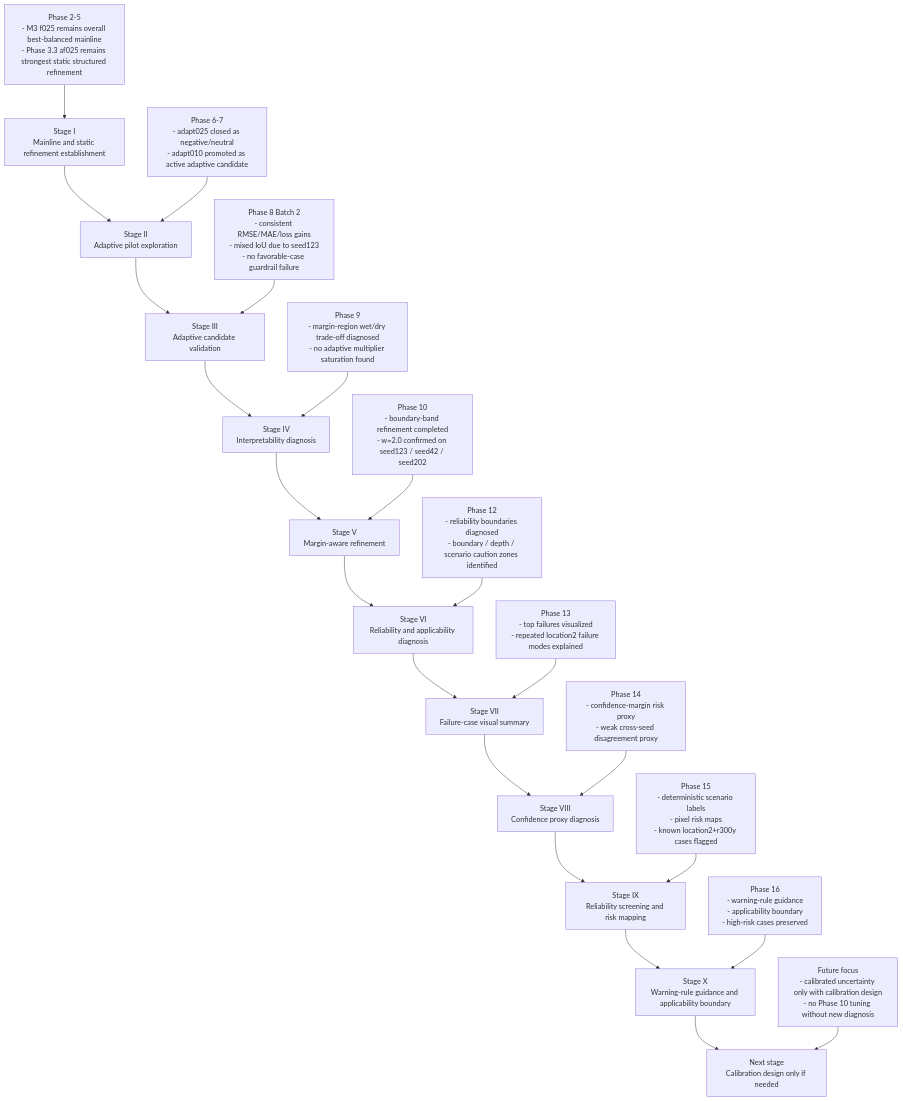
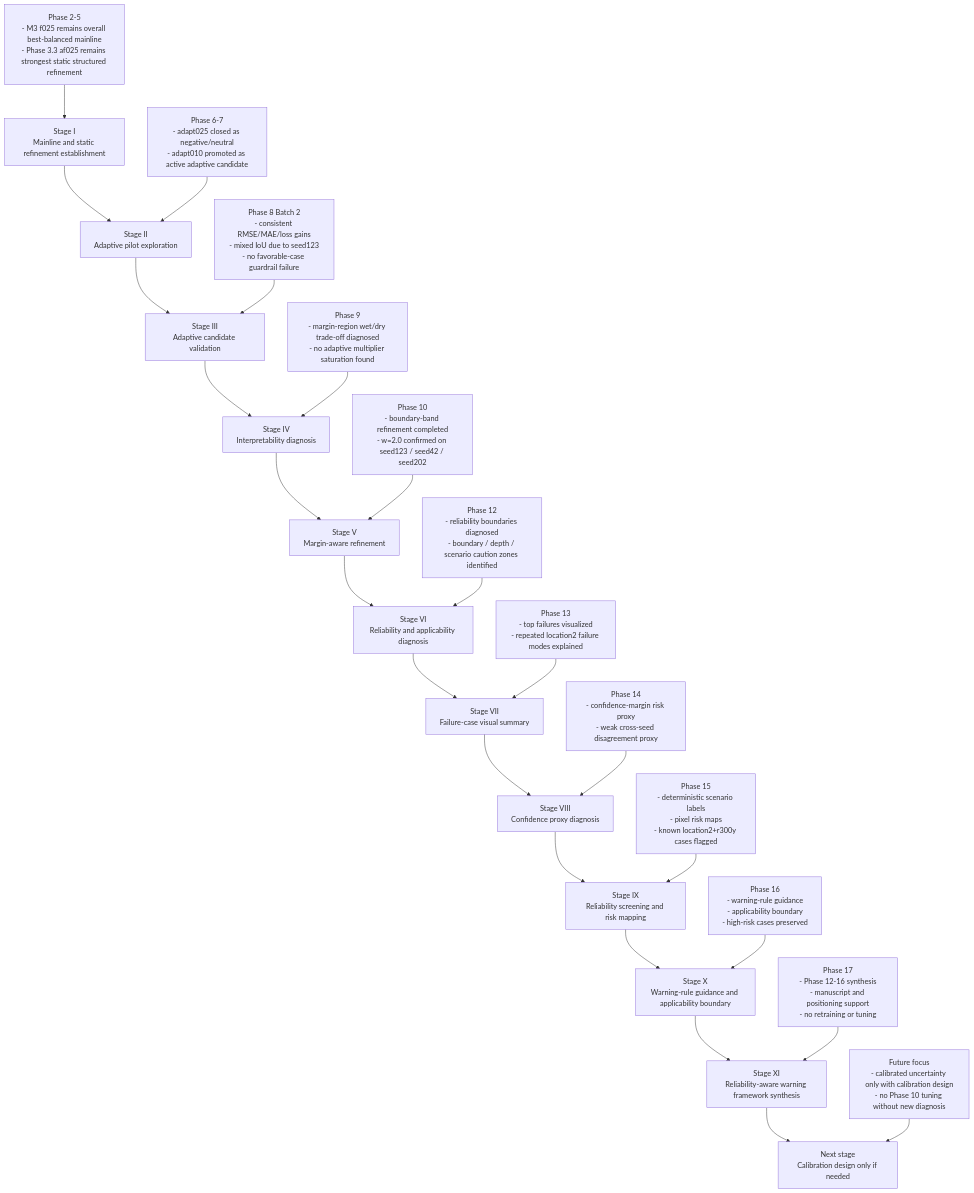
One commit to HolyLin990604/physics-guided-urban-flood-prediction changed the third of 3 diagrams in README.md. Above: the diagram before and after it, drawn with Mermaid. The commit also changed other lines of this file and 2 other files, not shown here.

Commit message:
docs: sync phase17 reliability framework synthesis

````diff
--- a/README.md
+++ b/README.md
@@ -291,25 +315,27 @@
 ```mermaid
 flowchart TD
     A[Stage I<br/>Mainline and static refinement establishment] --> B[Stage II<br/>Adaptive pilot exploration]
     B --> C[Stage III<br/>Adaptive candidate validation]
     C --> D[Stage IV<br/>Interpretability diagnosis]
     D --> E[Stage V<br/>Margin-aware refinement]
     E --> F[Stage VI<br/>Reliability and applicability diagnosis]
     F --> G[Stage VII<br/>Failure-case visual summary]
     G --> H[Stage VIII<br/>Confidence proxy diagnosis]
     H --> I[Stage IX<br/>Reliability screening and risk mapping]
     I --> J[Stage X<br/>Warning-rule guidance and applicability boundary]
-    J --> K[Next stage<br/>Calibration design only if needed]
+    J --> K[Stage XI<br/>Reliability-aware warning framework synthesis]
+    K --> L[Next stage<br/>Calibration design only if needed]
 
     A1[Phase 2-5<br/>- M3 f025 remains overall best-balanced mainline<br/>- Phase 3.3 af025 remains strongest static structured refinement] --> A
     B1[Phase 6-7<br/>- adapt025 closed as negative/neutral<br/>- adapt010 promoted as active adaptive candidate] --> B
     C1[Phase 8 Batch 2<br/>- consistent RMSE/MAE/loss gains<br/>- mixed IoU due to seed123<br/>- no favorable-case guardrail failure] --> C
     D1[Phase 9<br/>- margin-region wet/dry trade-off diagnosed<br/>- no adaptive multiplier saturation found] --> D
     E1[Phase 10<br/>- boundary-band refinement completed<br/>- w=2.0 confirmed on seed123 / seed42 / seed202] --> E
     F1[Phase 12<br/>- reliability boundaries diagnosed<br/>- boundary / depth / scenario caution zones identified] --> F
     G1[Phase 13<br/>- top failures visualized<br/>- repeated location2 failure modes explained] --> G
     H1[Phase 14<br/>- confidence-margin risk proxy<br/>- weak cross-seed disagreement proxy] --> H
     I1[Phase 15<br/>- deterministic scenario labels<br/>- pixel risk maps<br/>- known location2+r300y cases flagged] --> I
     J1[Phase 16<br/>- warning-rule guidance<br/>- applicability boundary<br/>- high-risk cases preserved] --> J
-    K1[Future focus<br/>- calibrated uncertainty only with calibration design<br/>- no Phase 10 tuning without new diagnosis] --> K
+    K1[Phase 17<br/>- Phase 12-16 synthesis<br/>- manuscript and positioning support<br/>- no retraining or tuning] --> K
+    L1[Future focus<br/>- calibrated uncertainty only with calibration design<br/>- no Phase 10 tuning without new diagnosis] --> L
 ```
````
